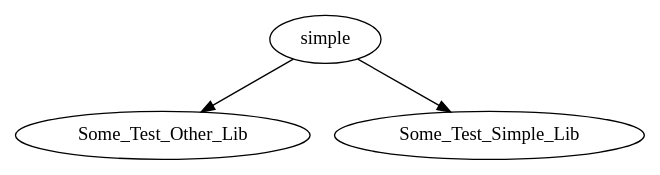
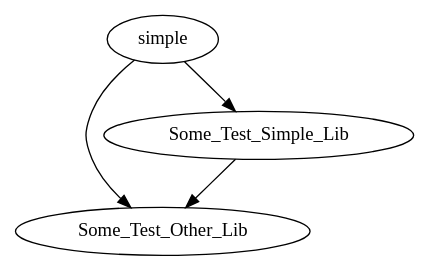
One commit to DOCGroup/MPC_TEST changed the diagram in expected/wider_coverage/vc8/wider_coverage.dot. Above: the diagram before and after it, drawn with Graphviz. The commit also changed 16 other files, not shown here.

```diff
--- a/expected/wider_coverage/vc8/wider_coverage.dot
+++ b/expected/wider_coverage/vc8/wider_coverage.dot
@@ -1,4 +1,5 @@
 digraph wider_coverage {
   simple -> Some_Test_Other_Lib;
   simple -> Some_Test_Simple_Lib;
+  Some_Test_Simple_Lib -> Some_Test_Other_Lib;
 }
```
